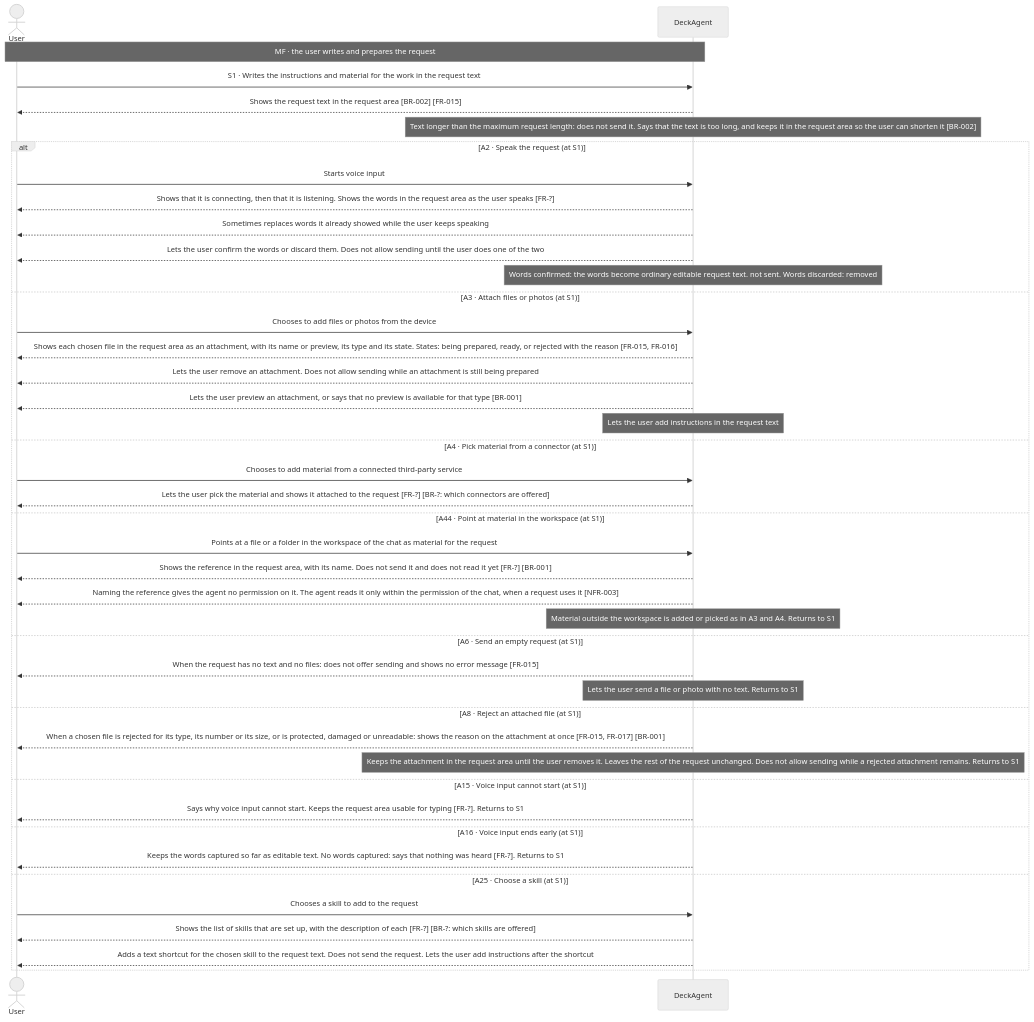
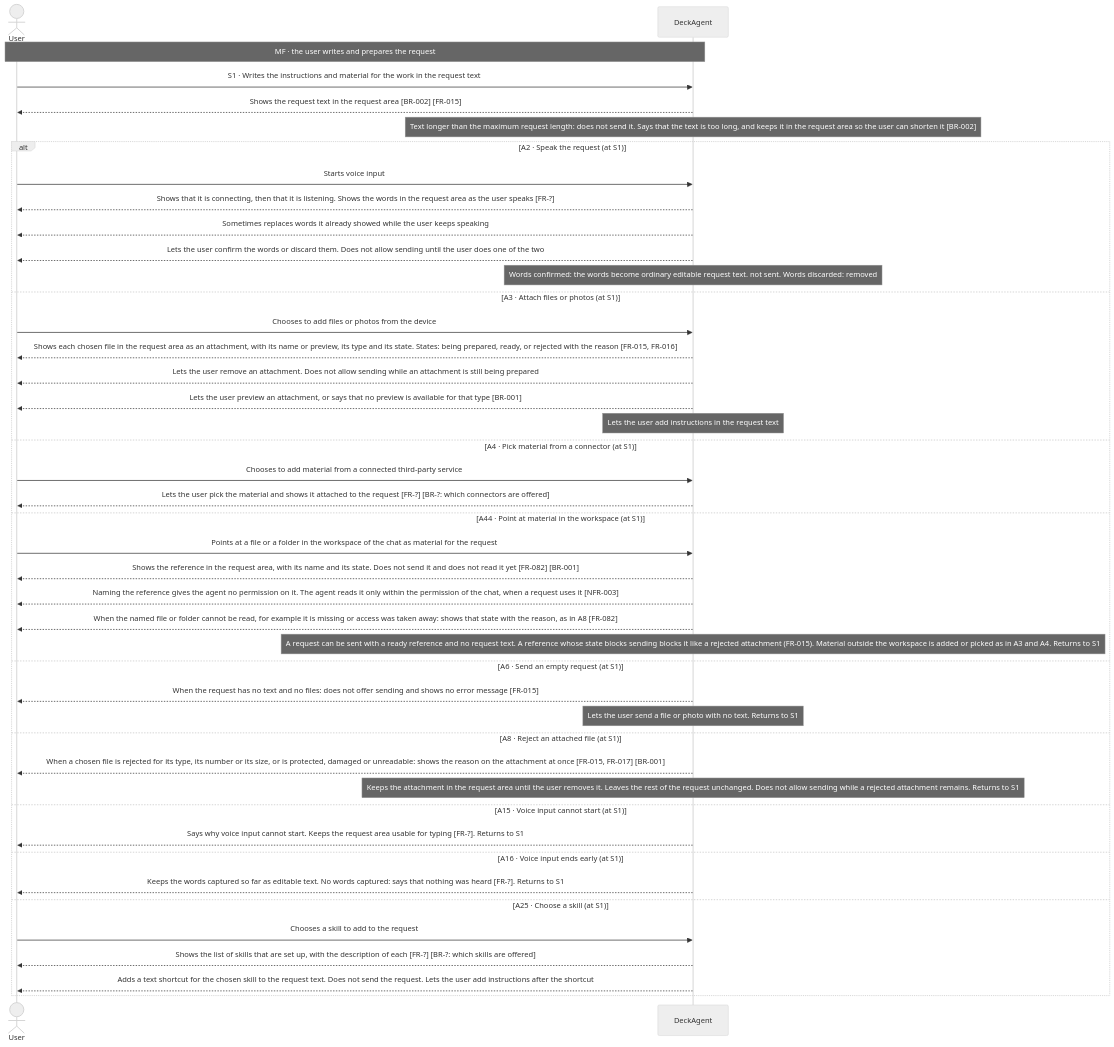
Before and after one commit to Luke23127006/DeckAgent: the first of 4 diagrams in docs/spec/03-use-cases/UC-003.md, drawn with Mermaid (neutral theme). The commit also changed other lines of this file and 128 other files, not shown here.

````diff
--- a/docs/spec/03-use-cases/UC-003.md
+++ b/docs/spec/03-use-cases/UC-003.md
@@ -46,44 +43,45 @@
 ```mermaid
 sequenceDiagram
     actor User
     participant DeckAgent
     Note over User,DeckAgent: MF · the user writes and prepares the request
     User->>DeckAgent: S1 · Writes the instructions and material for the work in the request text
     DeckAgent-->>User: Shows the request text in the request area [BR-002] [FR-015]
     note over DeckAgent: Text longer than the maximum request length: does not send it. Says that the text is too long, and keeps it in the request area so the user can shorten it [BR-002]
     alt A2 · Speak the request (at S1)
         User->>DeckAgent: Starts voice input
         DeckAgent-->>User: Shows that it is connecting, then that it is listening. Shows the words in the request area as the user speaks [FR-?]
         DeckAgent-->>User: Sometimes replaces words it already showed while the user keeps speaking
         DeckAgent-->>User: Lets the user confirm the words or discard them. Does not allow sending until the user does one of the two
         note over DeckAgent: Words confirmed: the words become ordinary editable request text. not sent. Words discarded: removed
     else A3 · Attach files or photos (at S1)
         User->>DeckAgent: Chooses to add files or photos from the device
         DeckAgent-->>User: Shows each chosen file in the request area as an attachment, with its name or preview, its type and its state. States: being prepared, ready, or rejected with the reason [FR-015, FR-016]
         DeckAgent-->>User: Lets the user remove an attachment. Does not allow sending while an attachment is still being prepared
         DeckAgent-->>User: Lets the user preview an attachment, or says that no preview is available for that type [BR-001]
         note over DeckAgent: Lets the user add instructions in the request text
     else A4 · Pick material from a connector (at S1)
         User->>DeckAgent: Chooses to add material from a connected third-party service
         DeckAgent-->>User: Lets the user pick the material and shows it attached to the request [FR-?] [BR-?: which connectors are offered]
     else A44 · Point at material in the workspace (at S1)
         User->>DeckAgent: Points at a file or a folder in the workspace of the chat as material for the request
-        DeckAgent-->>User: Shows the reference in the request area, with its name. Does not send it and does not read it yet [FR-?] [BR-001]
+        DeckAgent-->>User: Shows the reference in the request area, with its name and its state. Does not send it and does not read it yet [FR-082] [BR-001]
         DeckAgent-->>User: Naming the reference gives the agent no permission on it. The agent reads it only within the permission of the chat, when a request uses it [NFR-003]
-        note over DeckAgent: Material outside the workspace is added or picked as in A3 and A4. Returns to S1
+        DeckAgent-->>User: When the named file or folder cannot be read, for example it is missing or access was taken away: shows that state with the reason, as in A8 [FR-082]
+        note over DeckAgent: A request can be sent with a ready reference and no request text. A reference whose state blocks sending blocks it like a rejected attachment (FR-015). Material outside the workspace is added or picked as in A3 and A4. Returns to S1
     else A6 · Send an empty request (at S1)
         DeckAgent-->>User: When the request has no text and no files: does not offer sending and shows no error message [FR-015]
         note over DeckAgent: Lets the user send a file or photo with no text. Returns to S1
     else A8 · Reject an attached file (at S1)
         DeckAgent-->>User: When a chosen file is rejected for its type, its number or its size, or is protected, damaged or unreadable: shows the reason on the attachment at once [FR-015, FR-017] [BR-001]
         note over DeckAgent: Keeps the attachment in the request area until the user removes it. Leaves the rest of the request unchanged. Does not allow sending while a rejected attachment remains. Returns to S1
     else A15 · Voice input cannot start (at S1)
         DeckAgent-->>User: Says why voice input cannot start. Keeps the request area usable for typing [FR-?]. Returns to S1
     else A16 · Voice input ends early (at S1)
         DeckAgent-->>User: Keeps the words captured so far as editable text. No words captured: says that nothing was heard [FR-?]. Returns to S1
     else A25 · Choose a skill (at S1)
         User->>DeckAgent: Chooses a skill to add to the request
         DeckAgent-->>User: Shows the list of skills that are set up, with the description of each [FR-?] [BR-?: which skills are offered]
         DeckAgent-->>User: Adds a text shortcut for the chosen skill to the request text. Does not send the request. Lets the user add instructions after the shortcut
     end
 ```
````
